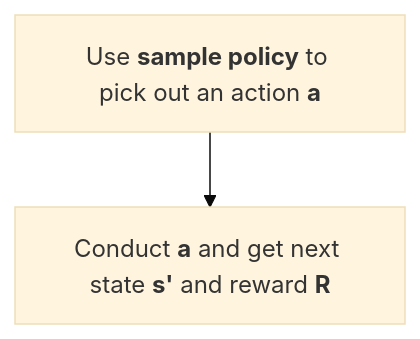
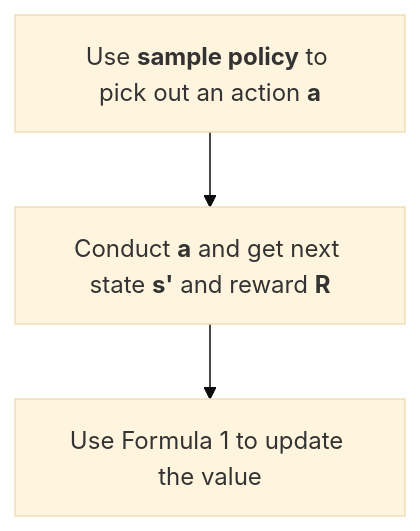
The diagram in SpecificAlgorithms/DQN.md (LugarTang/RLNote), drawn with Mermaid (base theme) before and after one commit. The commit also changed other lines of this file, not shown here.

````diff
--- a/SpecificAlgorithms/DQN.md
+++ b/SpecificAlgorithms/DQN.md
@@ -11,8 +35,9 @@
 ```mermaid
 flowchart TB
 
 A[Use <strong>sample policy</strong> to pick out an action <strong>a</strong>]
 B[Conduct <strong>a</strong> and get next state <strong>s'</strong> and reward <strong>R</strong>]
+C[Use Formula 1 to update the value]
 
-A --> B
+A --> B --> C
 ```
````
